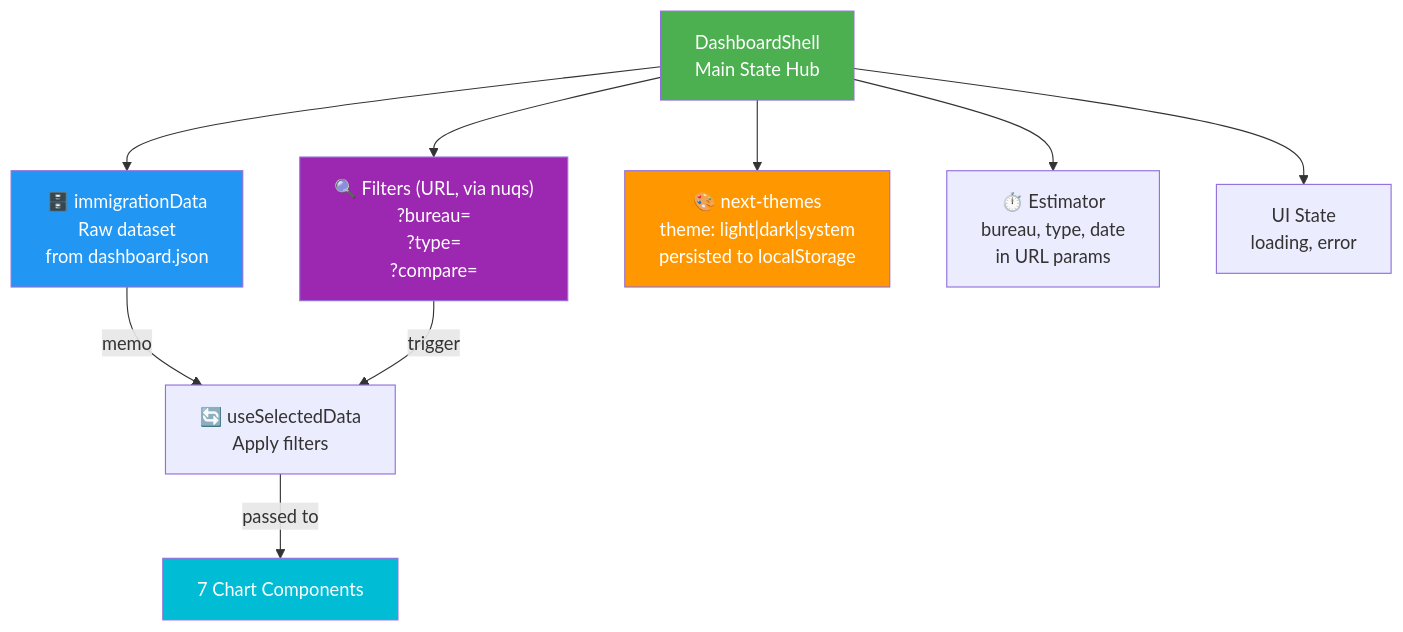
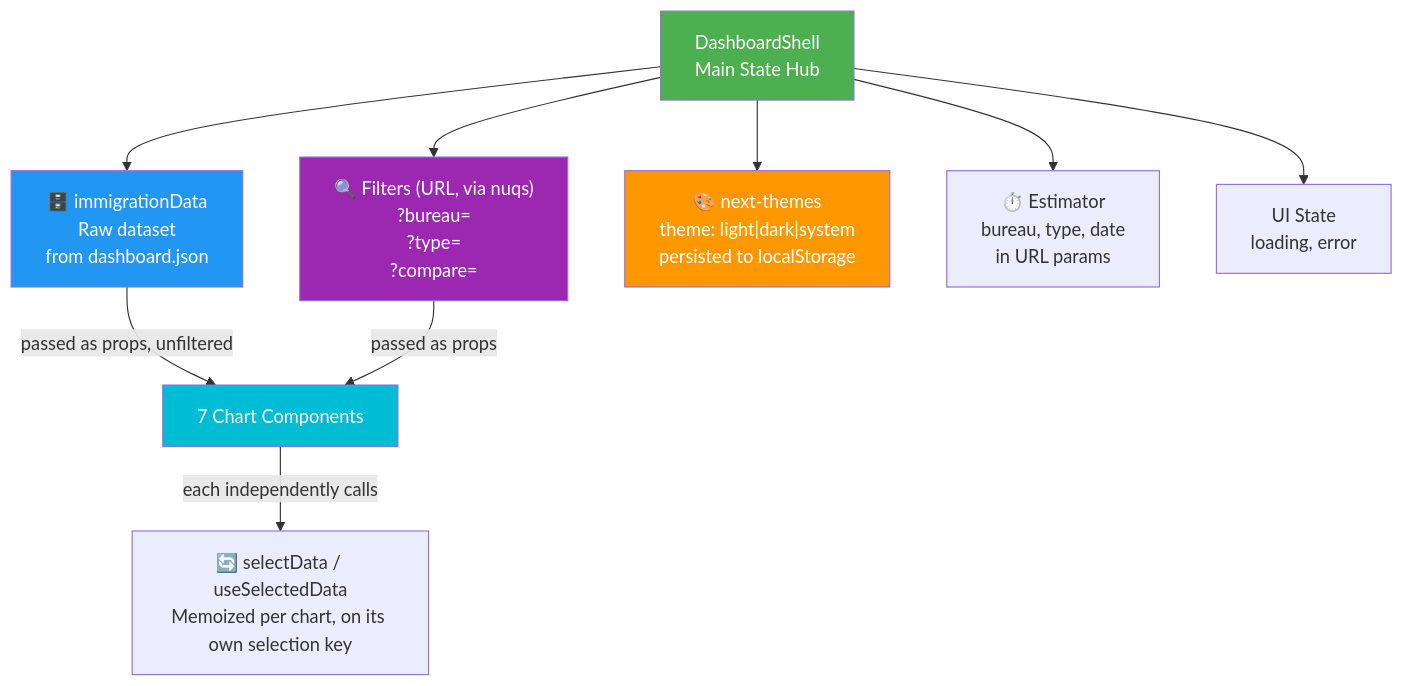
One commit to RetroHazard/JP_Immigration_Dashboard changed the seventh of 16 diagrams in ARCHITECTURE.md. Above: the diagram before and after it, drawn with Mermaid. The commit also changed other lines of this file and 4 other files, not shown here.

````diff
--- a/ARCHITECTURE.md
+++ b/ARCHITECTURE.md
@@ -262,30 +277,30 @@
 ```mermaid
 graph TD
     SHELL["DashboardShell<br/>Main State Hub"]
     
     DATA["🗄️ immigrationData<br/>Raw dataset<br/>from dashboard.json"]
     
     FILTERS["🔍 Filters (URL, via nuqs)<br/>?bureau=<br/>?type=<br/>?compare="]
     
     THEME["🎨 next-themes<br/>theme: light|dark|system<br/>persisted to localStorage"]
     
     ESTIMATOR["⏱️ Estimator<br/>bureau, type, date<br/>in URL params"]
     
     UI["UI State<br/>loading, error"]
     
     SHELL --> DATA
     SHELL --> FILTERS
     SHELL --> THEME
     SHELL --> ESTIMATOR
     SHELL --> UI
     
-    DATA -->|memo| FILTERED["🔄 useSelectedData<br/>Apply filters"]
-    FILTERS -->|trigger| FILTERED
-    FILTERED -->|passed to| CHARTS["7 Chart Components"]
+    DATA -->|passed as props, unfiltered| CHARTS["7 Chart Components"]
+    FILTERS -->|passed as props| CHARTS
+    CHARTS -->|each independently calls| FILTERED["🔄 selectData / useSelectedData<br/>Memoized per chart, on its own selection key"]
     
     style SHELL fill:#4CAF50,color:#fff
     style DATA fill:#2196F3,color:#fff
     style FILTERS fill:#9C27B0,color:#fff
     style THEME fill:#FF9800,color:#fff
     style CHARTS fill:#00BCD4,color:#fff
 ```
````
